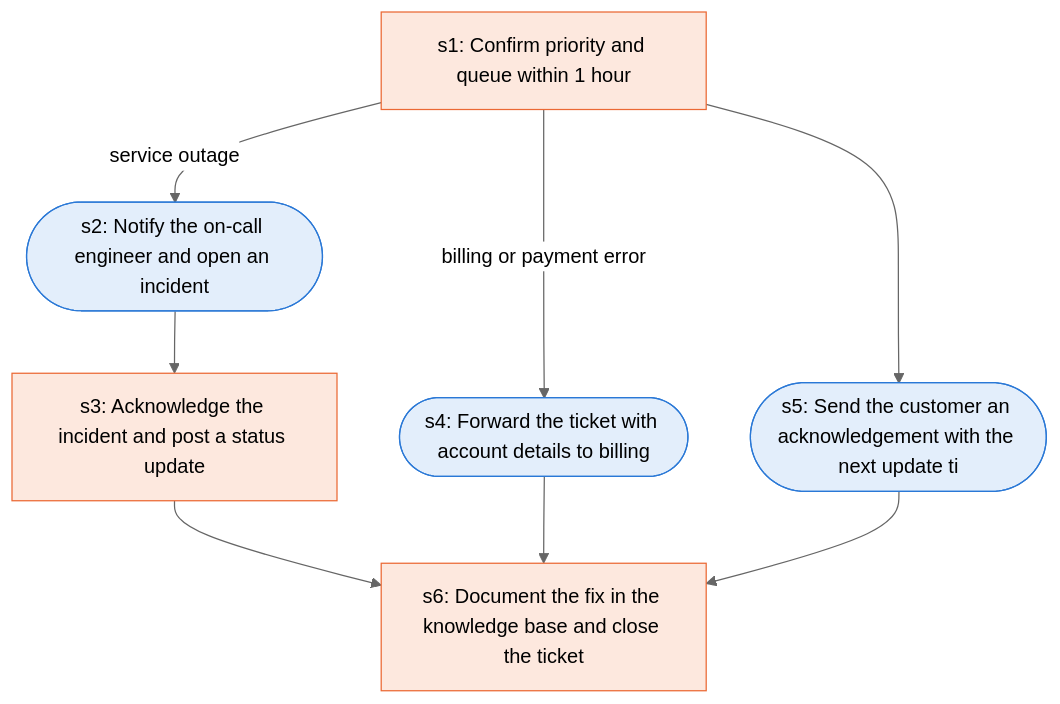
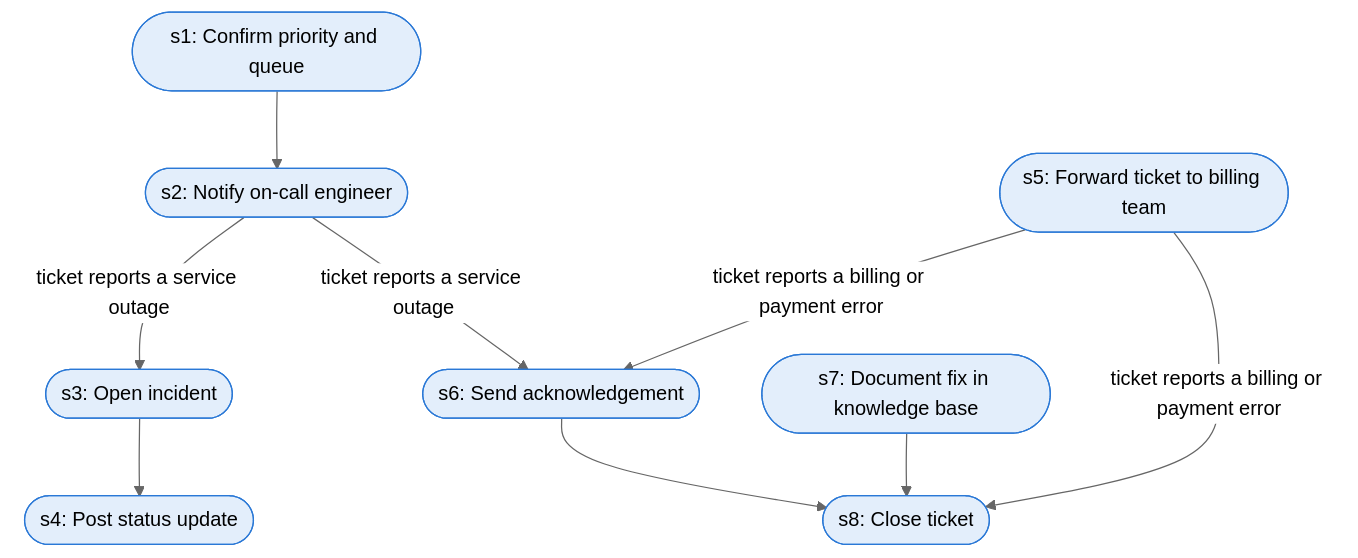
One commit to Jitesh-Mishra/sop-to-agent-workflows changed the diagram in docs/runbooks/sup_high_priority_escalation.md. Above: the diagram before and after it, drawn with Mermaid (neutral theme). The commit also changed other lines of this file and 172 other files, not shown here.

````diff
--- a/docs/runbooks/sup_high_priority_escalation.md
+++ b/docs/runbooks/sup_high_priority_escalation.md
@@ -7,20 +7,22 @@
 ```mermaid
 flowchart TD
-  s1["s1: Confirm priority and queue within 1 hour"]
-  s2(["s2: Notify the on-call engineer and open an incident"])
-  s3["s3: Acknowledge the incident and post a status update"]
-  s4(["s4: Forward the ticket with account details to billing"])
-  s5(["s5: Send the customer an acknowledgement with the next update ti"])
-  s6["s6: Document the fix in the knowledge base and close the ticket"]
-  s1 -->|service outage| s2
-  s2 --> s3
-  s1 -->|billing or payment error| s4
-  s1 --> s5
-  s3 --> s6
-  s4 --> s6
-  s5 --> s6
+  s1(["s1: Confirm priority and queue"])
+  s2(["s2: Notify on-call engineer"])
+  s3(["s3: Open incident"])
+  s4(["s4: Post status update"])
+  s5(["s5: Forward ticket to billing team"])
+  s6(["s6: Send acknowledgement"])
+  s7(["s7: Document fix in knowledge base"])
+  s8(["s8: Close ticket"])
+  s1 --> s2
+  s2 -->|ticket reports a service outage| s3
+  s2 -->|ticket reports a service outage| s6
+  s3 --> s4
+  s5 -->|ticket reports a billing or payment error| s6
+  s5 -->|ticket reports a billing or payment error| s8
+  s6 --> s8
+  s7 --> s8
   classDef agent fill:#e3eefb,stroke:#2a78d6
   classDef human fill:#fde8de,stroke:#eb6834
-  class s2,s4,s5 agent
-  class s1,s3,s6 human
+  class s1,s2,s3,s4,s5,s6,s7,s8 agent
 ```
````
